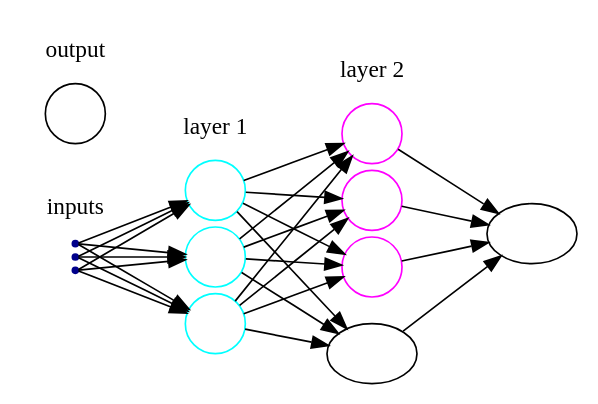
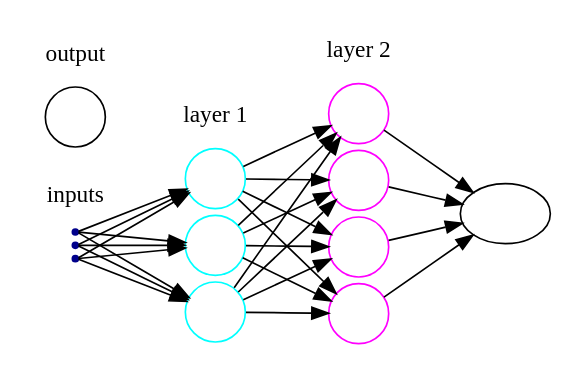
Before and after one commit to UWDIRECT/UWDIRECT.github.io: the diagram in Wi18_content/DSMCER/slidegen/mpl.dot, drawn with Graphviz. The commit also changed other lines of this file and 4 other files, not shown here.

```diff
--- a/Wi18_content/DSMCER/slidegen/mpl.dot
+++ b/Wi18_content/DSMCER/slidegen/mpl.dot
@@ -1,58 +1,64 @@
+
 digraph G {
 
         rankdir=LR
-	splines=line
+	    splines=line
         nodesep=.05;
         
         node [label=""];
         
         subgraph cluster_0 {
 		color=white;
                 node [style=solid,color=blue4, shape=point];
 		x1 x2 x3;
 		label = "inputs";
 	}
 
 	subgraph cluster_1 {
 		color=white;
 		node [style=solid,color=cyan, shape=circle];
 		l1_1 l1_2 l1_3;
 		label = "layer 1";
 	}
 
 	subgraph cluster_2 {
 		color=white;
 		node [style=solid,color=magenta, shape=circle];
-		l2_1 l2_3 l2_3 l2_4;
+		l2_1 l2_2 l2_3 l2_4;
 		label = "layer 2";
 	}
 
 	subgraph cluster_3 {
 		color=white;
 		node [style=solid,color=black, shape=circle];
 		o1
 		label="output";
 	}
 
-	x1 -> l1_1; x1 -> l1_2; x1 -> l1_3;
-	x2 -> l1_1; x2 -> l1_2; x2 -> l1_3;
-	x3 -> l1_1; x3 -> l1_2; x3 -> l1_3;
-
- l1_1 -> l2_1
- l1_1 -> l2_2
- l1_1 -> l2_3
- l1_1 -> l2_4
- l1_2 -> l2_1
- l1_2 -> l2_2
- l1_2 -> l2_3
- l1_2 -> l2_4
- l1_3 -> l2_1
- l1_3 -> l2_2
- l1_3 -> l2_3
- l1_3 -> l2_4
- l2_1 -> output
- l2_2 -> output
- l2_3 -> output
- l2_4 -> output
+    x1 -> l1_1
+    x1 -> l1_2
+    x1 -> l1_3
+    x2 -> l1_1
+    x2 -> l1_2
+    x2 -> l1_3
+    x3 -> l1_1
+    x3 -> l1_2
+    x3 -> l1_3
+    l1_1 -> l2_1
+    l1_1 -> l2_2
+    l1_1 -> l2_3
+    l1_1 -> l2_4
+    l1_2 -> l2_1
+    l1_2 -> l2_2
+    l1_2 -> l2_3
+    l1_2 -> l2_4
+    l1_3 -> l2_1
+    l1_3 -> l2_2
+    l1_3 -> l2_3
+    l1_3 -> l2_4
+    l2_1 -> output
+    l2_2 -> output
+    l2_3 -> output
+    l2_4 -> output
 
 }
```
